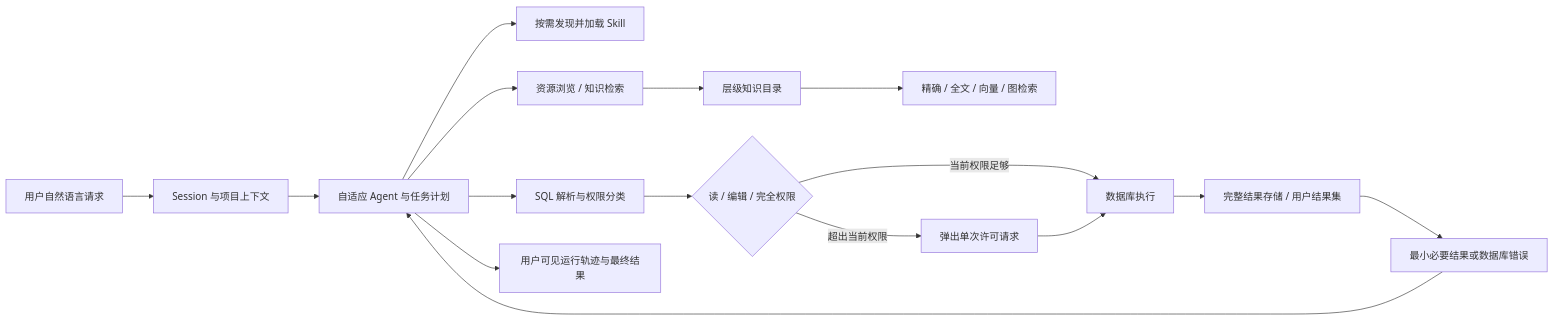
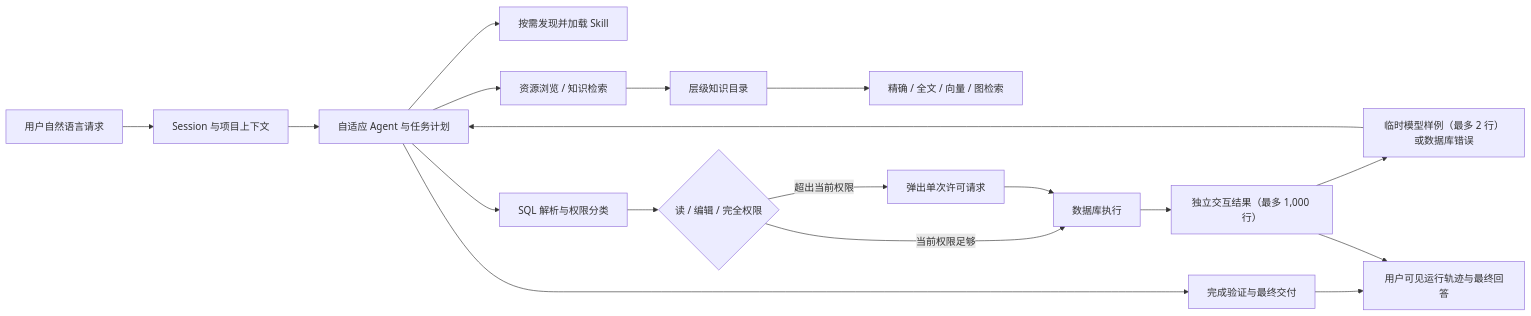
The diagram in docs/ai-sql/README.md (SylvanasW1ndrunner/Nexus), drawn with Mermaid before and after one commit. The commit also changed other lines of this file and 76 other files, not shown here.

````diff
--- a/docs/ai-sql/README.md
+++ b/docs/ai-sql/README.md
@@ -20,18 +20,20 @@
 ```mermaid
 flowchart LR
     User["用户自然语言请求"] --> Session["Session 与项目上下文"]
     Session --> Agent["自适应 Agent 与任务计划"]
     Agent --> Skill["按需发现并加载 Skill"]
     Agent --> Browse["资源浏览 / 知识检索"]
     Browse --> Catalog["层级知识目录"]
     Catalog --> Index["精确 / 全文 / 向量 / 图检索"]
     Agent --> SQL["SQL 解析与权限分类"]
     SQL --> Permission{"读 / 编辑 / 完全权限"}
     Permission -->|当前权限足够| Execute["数据库执行"]
     Permission -->|超出当前权限| Approval["弹出单次许可请求"]
     Approval --> Execute
-    Execute --> Store["完整结果存储 / 用户结果集"]
-    Store --> Feedback["最小必要结果或数据库错误"]
+    Execute --> Result["独立交互结果（最多 1,000 行）"]
+    Result --> Feedback["临时模型样例（最多 2 行）或数据库错误"]
     Feedback --> Agent
-    Agent --> Trace["用户可见运行轨迹与最终结果"]
+    Agent --> Verify["完成验证与最终交付"]
+    Verify --> Trace["用户可见运行轨迹与最终回答"]
+    Result --> Trace
 ```
````
